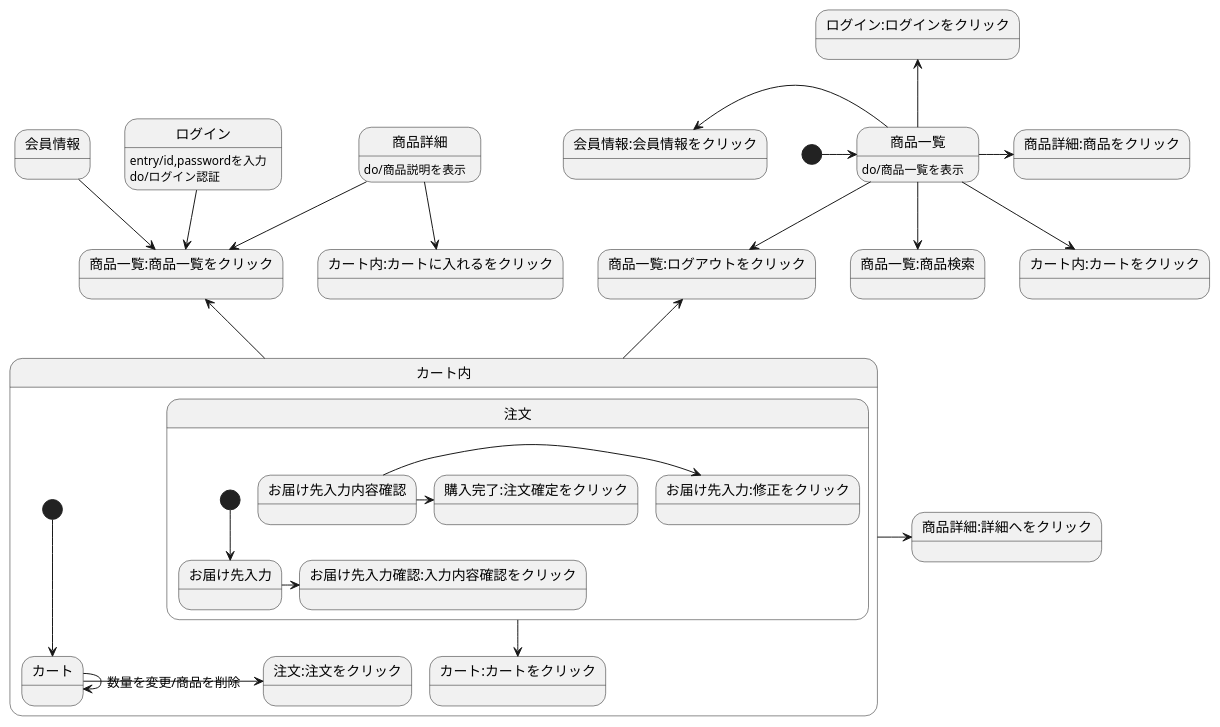
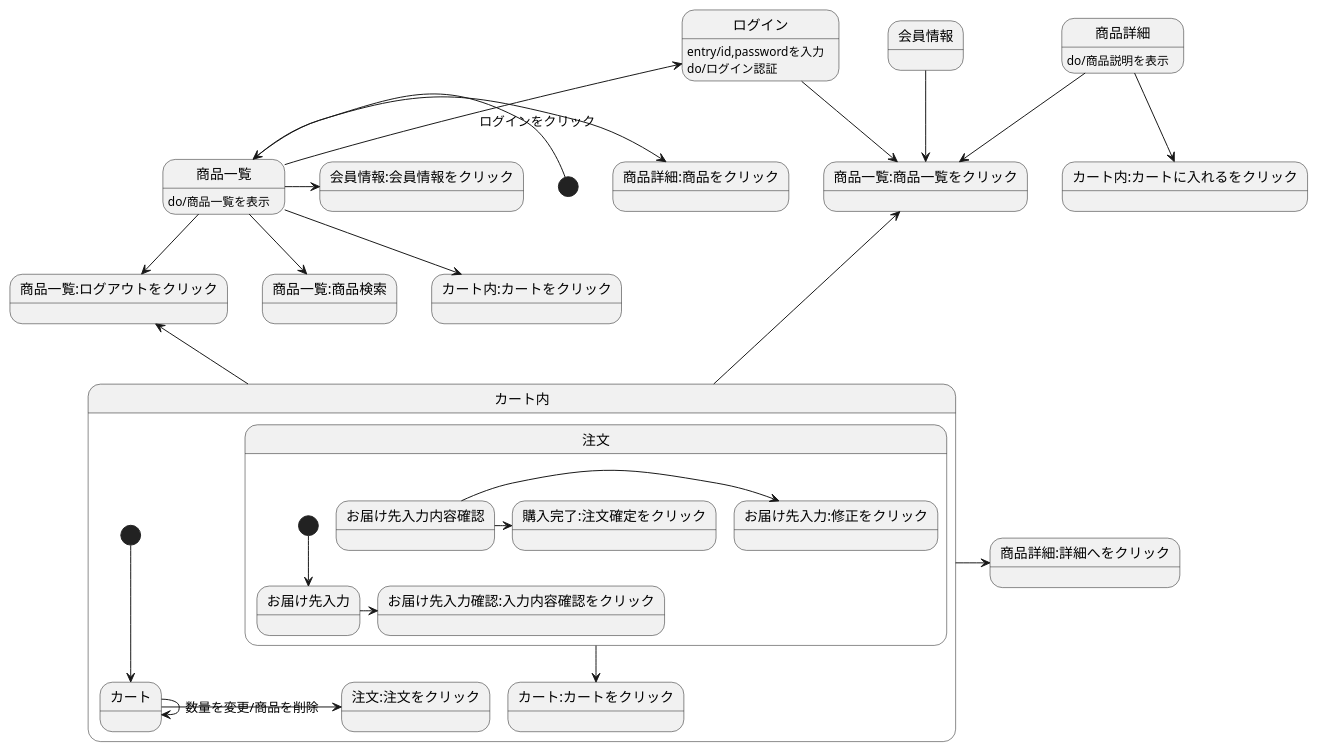
Before and after one commit to Aso2001160/2021sys-design: the diagram in stm01.md, drawn with PlantUML.

````diff
--- a/stm01.md
+++ b/stm01.md
@@ -1,35 +1,35 @@
 ```uml
 @startuml
 [*] -> 商品一覧
 会員情報-->商品一覧:商品一覧をクリック
 ログイン-->商品一覧:商品一覧をクリック
 ログイン:entry/id,passwordを入力
 ログイン:do/ログイン認証
 商品一覧 --> 商品一覧:ログアウトをクリック
 商品一覧-->商品一覧:商品検索
 商品一覧->商品詳細:商品をクリック
 商品一覧 -left-> 会員情報:会員情報をクリック
-商品一覧 -up-> ログイン:ログインをクリック
+商品一覧 -up-> ログイン :ログインをクリック
 商品一覧 -->カート内:カートをクリック
 商品一覧:do/商品一覧を表示
 商品詳細-->カート内:カートに入れるをクリック
 商品詳細-->商品一覧:商品一覧をクリック
 商品詳細:do/商品説明を表示
 カート内 -up-> 商品一覧:商品一覧をクリック
 カート内 -up-> 商品一覧:ログアウトをクリック
 カート内->商品詳細:詳細へをクリック
 
 state カート内{
 [*]-->カート
 カート->注文:注文をクリック
 カート->カート:数量を変更/商品を削除
 注文-->カート:カートをクリック
   state 注文{
   [*]-->お届け先入力
   お届け先入力->お届け先入力確認:入力内容確認をクリック
   お届け先入力内容確認->お届け先入力:修正をクリック
   お届け先入力内容確認->購入完了:注文確定をクリック
   }
 }
 @enduml
 ```
````
